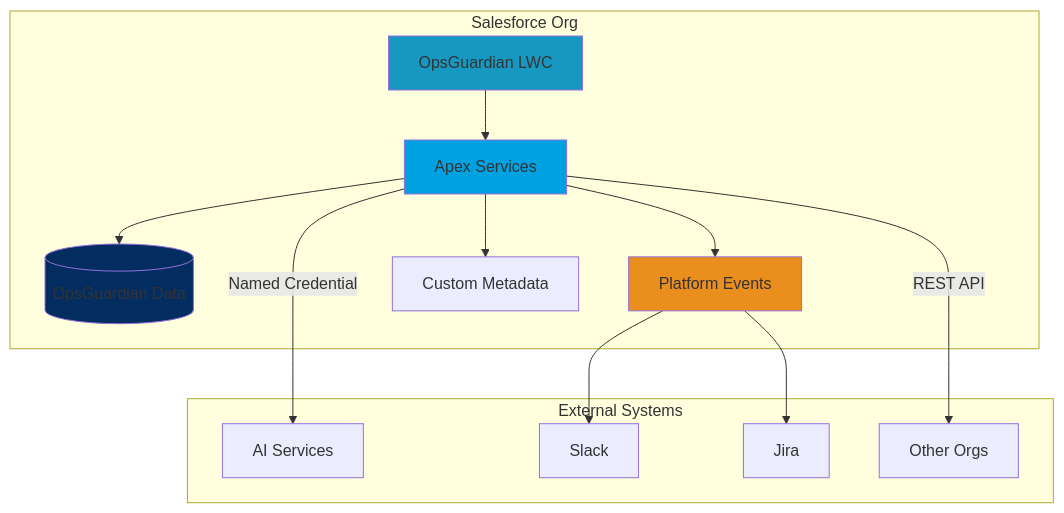
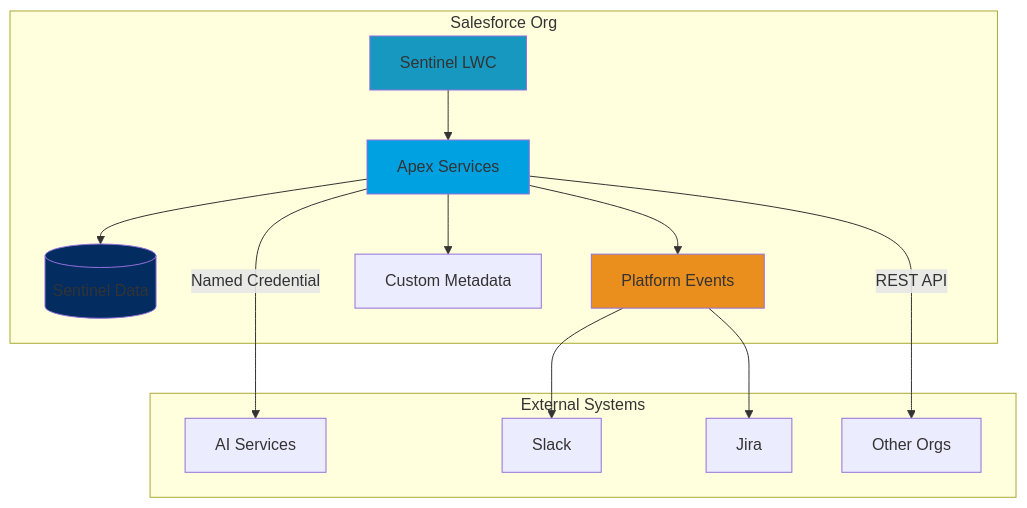
The diagram in README.md (derickporter1993/Elaro), drawn with Mermaid before and after one commit. The commit also changed other lines of this file and 9 other files, not shown here.

First line of the commit message:
refactor: rebrand from OpsGuardian to Sentinel

````diff
--- a/README.md
+++ b/README.md
@@ -88,32 +88,32 @@
 ```mermaid
 flowchart TB
     subgraph "Salesforce Org"
-        LWC[OpsGuardian LWC]
+        LWC[Sentinel LWC]
         APEX[Apex Services]
-        DATA[(OpsGuardian Data)]
+        DATA[(Sentinel Data)]
         EVENTS[Platform Events]
         CMDT[Custom Metadata]
 
         LWC --> APEX
         APEX --> DATA
         APEX --> EVENTS
         APEX --> CMDT
     end
 
     subgraph "External Systems"
         AI[AI Services]
         SLACK[Slack]
         JIRA[Jira]
         ORGS[Other Orgs]
     end
 
     APEX -->|Named Credential| AI
     EVENTS --> SLACK
     EVENTS --> JIRA
     APEX -->|REST API| ORGS
 
     style LWC fill:#1798c1
     style APEX fill:#00a1e0
     style DATA fill:#032d60
     style EVENTS fill:#ea8e1e
 ```
````
